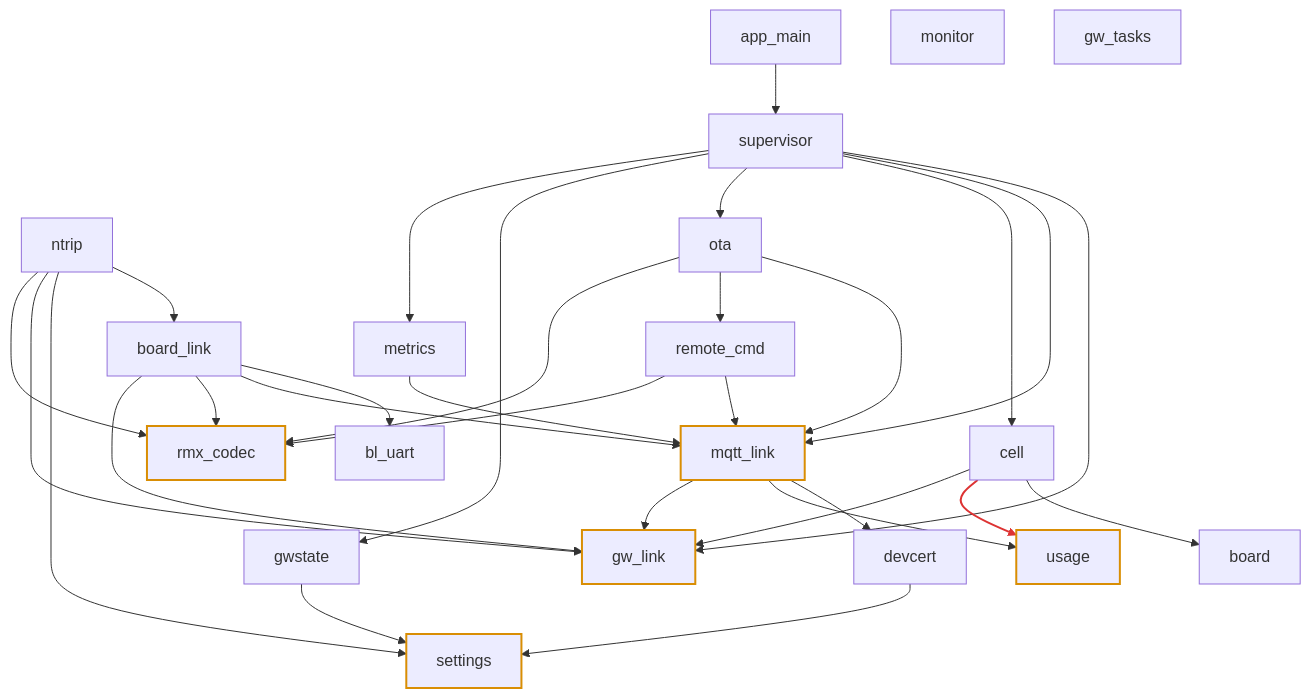
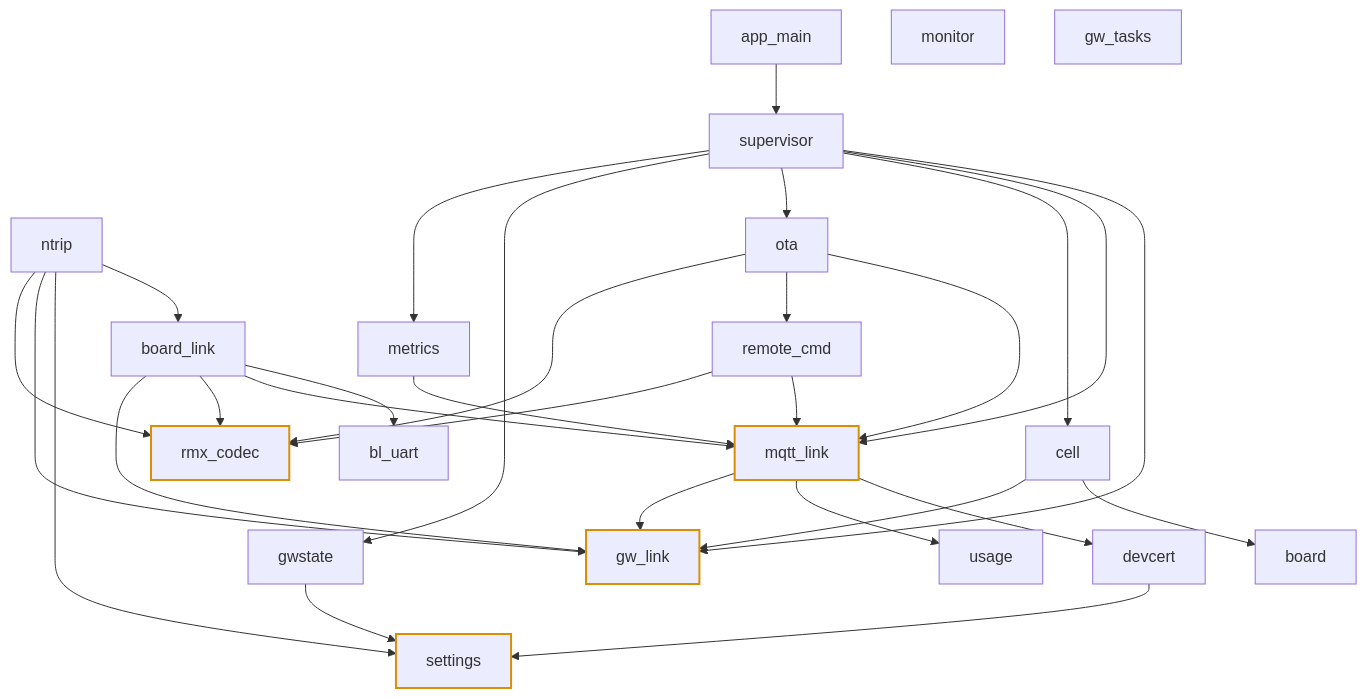
Before and after one commit to jRmx0/esp-architecture: the fifth of 6 diagrams in examples/gateway/diagrams.md, drawn with Mermaid. The commit also changed other lines of this file and 9 other files, not shown here.

First line of the commit message:
Block level 2: mandatory subsystems; gateway manifest is the target architecture

````diff
--- a/examples/gateway/diagrams.md
+++ b/examples/gateway/diagrams.md
@@ -76,54 +127,52 @@
 ```mermaid
 flowchart TD
   n_app_main["app_main"]
   n_supervisor["supervisor"]
   n_mqtt_link["mqtt_link"]
   n_board_link["board_link"]
   n_ntrip["ntrip"]
   n_remote_cmd["remote_cmd"]
   n_ota["ota"]
   n_gwstate["gwstate"]
   n_metrics["metrics"]
   n_monitor["monitor"]
   n_usage["usage"]
   n_devcert["devcert"]
   n_rmx_codec["rmx_codec"]
   n_cell["cell"]
   n_bl_uart["bl_uart"]
   n_board["board"]
   n_settings["settings"]
   n_gw_tasks["gw_tasks"]
   n_gw_link["gw_link"]
   n_app_main --> n_supervisor
   n_supervisor --> n_gw_link
   n_supervisor --> n_mqtt_link
   n_supervisor --> n_cell
   n_supervisor --> n_ota
   n_supervisor --> n_gwstate
   n_supervisor --> n_metrics
   n_mqtt_link --> n_devcert
   n_mqtt_link --> n_usage
   n_mqtt_link --> n_gw_link
   n_board_link --> n_bl_uart
   n_board_link --> n_mqtt_link
   n_board_link --> n_rmx_codec
   n_board_link --> n_gw_link
   n_ntrip --> n_board_link
   n_ntrip --> n_settings
   n_ntrip --> n_gw_link
   n_ntrip --> n_rmx_codec
   n_remote_cmd --> n_mqtt_link
   n_remote_cmd --> n_rmx_codec
   n_ota --> n_mqtt_link
   n_ota --> n_remote_cmd
   n_ota --> n_rmx_codec
   n_gwstate --> n_settings
   n_metrics --> n_mqtt_link
   n_devcert --> n_settings
   n_cell --> n_board
-  n_cell --> n_usage
   n_cell --> n_gw_link
   classDef shared stroke:#d98e04,stroke-width:2px
-  class n_gw_link,n_mqtt_link,n_usage,n_rmx_codec,n_settings shared
-  linkStyle 27 stroke:#d33,stroke-width:2px
+  class n_gw_link,n_mqtt_link,n_rmx_codec,n_settings shared
 ```
````
